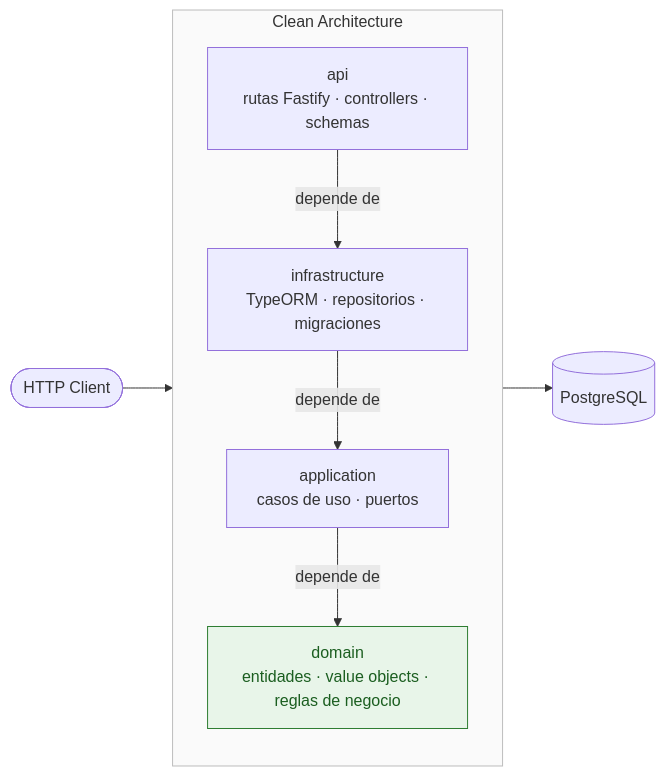
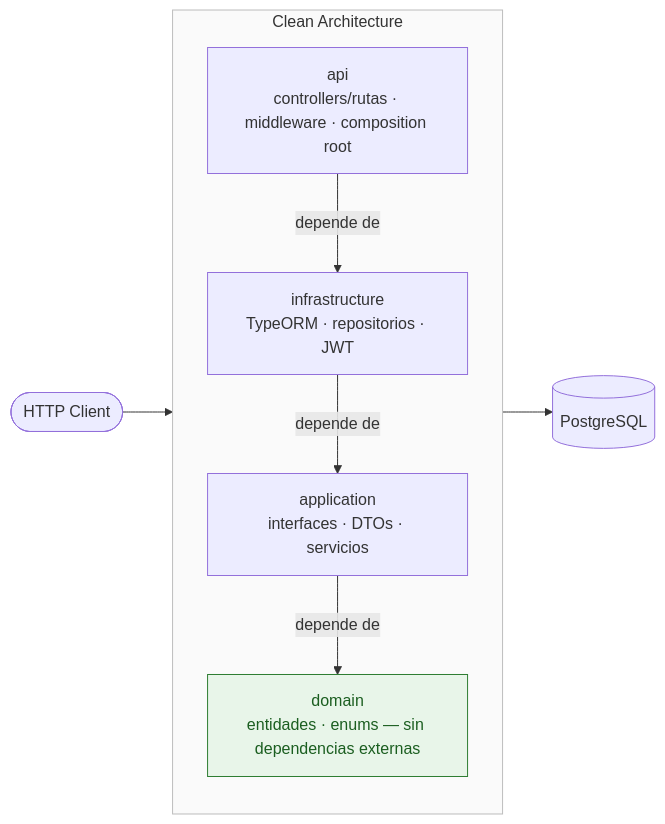
Before and after one commit to antoniojvargas/employee-management-api-node: the diagram in README.md, drawn with Mermaid. The commit also changed other lines of this file, not shown here.

Commit message:
docs: align architecture diagram with original .NET structure

````diff
--- a/README.md
+++ b/README.md
@@ -49,21 +49,21 @@
 ```mermaid
 flowchart LR
     client(["HTTP Client"]) --> api
 
     subgraph layers["Clean Architecture"]
         direction TB
-        api["api<br/>rutas Fastify · controllers · schemas"]
-        infra["infrastructure<br/>TypeORM · repositorios · migraciones"]
-        app["application<br/>casos de uso · puertos"]
-        domain["domain<br/>entidades · value objects · reglas de negocio"]
+        api["api<br/>controllers/rutas · middleware · composition root"]
+        infra["infrastructure<br/>TypeORM · repositorios · JWT"]
+        app["application<br/>interfaces · DTOs · servicios"]
+        domain["domain<br/>entidades · enums — sin dependencias externas"]
 
         api -- depende de --> infra
         infra -- depende de --> app
         app -- depende de --> domain
     end
 
     infra --> db[("PostgreSQL")]
 
     style domain fill:#e8f5e9,stroke:#2e7d32,color:#1b5e20
     style layers fill:#fafafa,stroke:#bdbdbd
 ```
````
